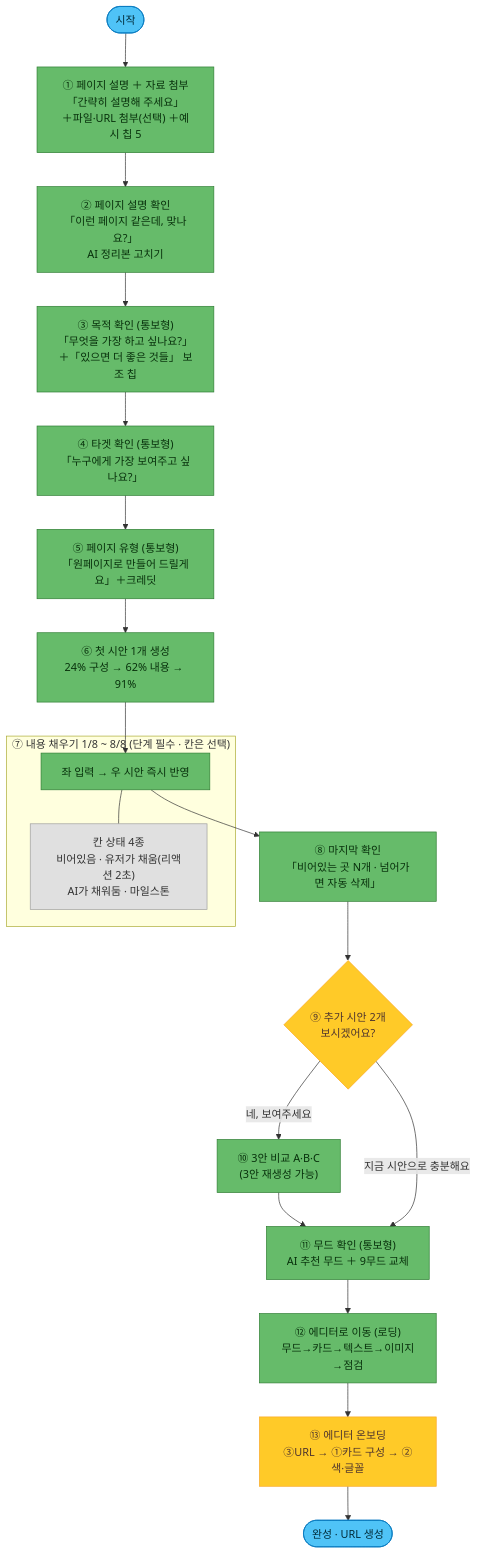
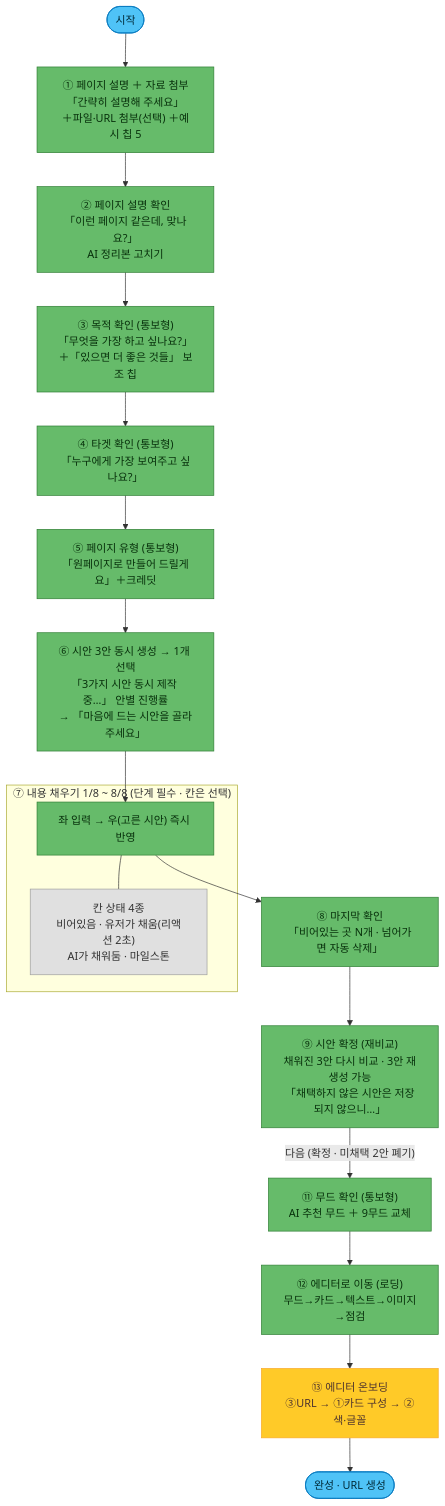
Before and after one commit to CdBd-in/cdbd-templates: the diagram in 4. AI 페이지 빌더/4-2. AI 유저 플로우.md, drawn with Mermaid. The commit also changed other lines of this file and 1 other file, not shown here.

````diff
--- a/4. AI 페이지 빌더/4-2. AI 유저 플로우.md
+++ b/4. AI 페이지 빌더/4-2. AI 유저 플로우.md
@@ -169,33 +169,31 @@
 ```mermaid
 flowchart TD
  Start(["시작"]):::term
  S1["① 페이지 설명 ＋ 자료 첨부<br/>「간략히 설명해 주세요」<br/>＋파일·URL 첨부(선택) ＋예시 칩 5"]:::req
  S2["② 페이지 설명 확인<br/>「이런 페이지 같은데, 맞나요?」<br/>AI 정리본 고치기"]:::req
  S3["③ 목적 확인 (통보형)<br/>「무엇을 가장 하고 싶나요?」<br/>＋「있으면 더 좋은 것들」 보조 칩"]:::req
  S4["④ 타겟 확인 (통보형)<br/>「누구에게 가장 보여주고 싶나요?」"]:::req
  S5["⑤ 페이지 유형 (통보형)<br/>「원페이지로 만들어 드릴게요」＋크레딧"]:::req
- S6["⑥ 첫 시안 1개 생성<br/>24% 구성 → 62% 내용 → 91%"]:::req
+ S6["⑥ 시안 3안 동시 생성 → 1개 선택<br/>「3가지 시안 동시 제작 중…」 안별 진행률<br/>→ 「마음에 드는 시안을 골라주세요」"]:::req
  subgraph P7["⑦ 내용 채우기 1/8 ~ 8/8 (단계 필수 · 칸은 선택)"]
- F1["좌 입력 → 우 시안 즉시 반영"]:::req
+ F1["좌 입력 → 우(고른 시안) 즉시 반영"]:::req
  F2["칸 상태 4종<br/>비어있음 · 유저가 채움(리액션 2초)<br/>AI가 채워둠 · 마일스톤"]:::sub
  F1 --- F2
  end
  S8["⑧ 마지막 확인<br/>「비어있는 곳 N개 · 넘어가면 자동 삭제」"]:::req
- S9{"⑨ 추가 시안 2개<br/>보시겠어요?"}:::opt
- S10["⑩ 3안 비교 A·B·C<br/>(3안 재생성 가능)"]:::req
+ S9["⑨ 시안 확정 (재비교)<br/>채워진 3안 다시 비교 · 3안 재생성 가능<br/>「채택하지 않은 시안은 저장되지 않으니…」"]:::req
  S11["⑪ 무드 확인 (통보형)<br/>AI 추천 무드 ＋ 9무드 교체"]:::req
  S12["⑫ 에디터로 이동 (로딩)<br/>무드→카드→텍스트→이미지→점검"]:::req
  S13["⑬ 에디터 온보딩<br/>③URL → ①카드 구성 → ②색·글꼴"]:::opt
  Done(["완성 · URL 생성"]):::term
 
  Start --> S1 --> S2 --> S3 --> S4 --> S5 --> S6 --> F1
  F1 --> S8 --> S9
- S9 -- "네, 보여주세요" --> S10 --> S11
- S9 -- "지금 시안으로 충분해요" --> S11
+ S9 -- "다음 (확정 · 미채택 2안 폐기)" --> S11
  S11 --> S12 --> S13 --> Done
 
  classDef term fill:#4FC3F7,stroke:#0277BD,color:#012B39;
  classDef opt fill:#FFCA28,stroke:#F9A825,color:#4E342E;
  classDef req fill:#66BB6A,stroke:#2E7D32,color:#08310C;
  classDef sub fill:#E0E0E0,stroke:#9E9E9E,color:#333333;
 ```
````
